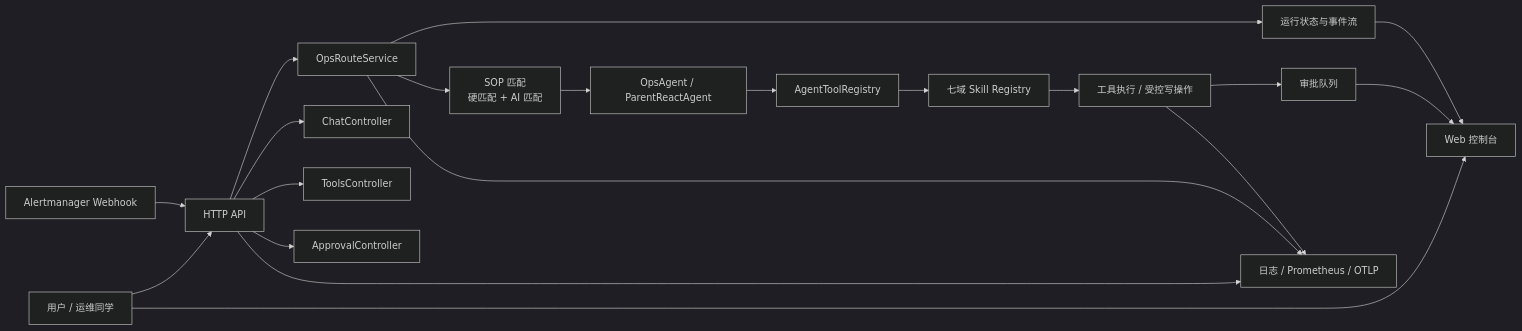
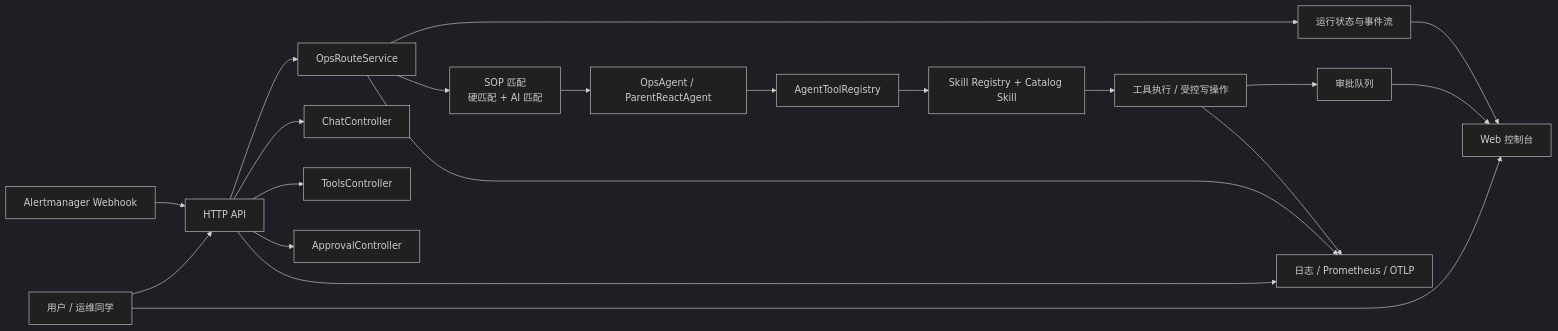
One commit to HW-Yue/Mall changed the first of 3 diagrams in ops-agent-spring-ai/README.md. Above: the diagram before and after it, drawn with Mermaid (dark theme). The commit also changed other lines of this file and 28 other files, not shown here.

Commit message:
feat: enhance ops agent routing and catalog tooling

````diff
--- a/ops-agent-spring-ai/README.md
+++ b/ops-agent-spring-ai/README.md
@@ -18,26 +19,26 @@
 ```mermaid
 flowchart LR
     U[用户 / 运维同学] --> UI[Web 控制台]
     U --> API[HTTP API]
     Alert[Alertmanager Webhook] --> API
 
     API --> Router[OpsRouteService]
     API --> Chat[ChatController]
     API --> Tools[ToolsController]
     API --> Approval[ApprovalController]
 
     Router --> Match[SOP 匹配<br/>硬匹配 + AI 匹配]
     Match --> React[OpsAgent / ParentReactAgent]
     React --> AgentTools[AgentToolRegistry]
-    AgentTools --> Skills[七域 Skill Registry]
+    AgentTools --> Skills[Skill Registry + Catalog Skill]
     Skills --> Exec[工具执行 / 受控写操作]
     Exec --> ApprovalFlow[审批队列]
 
     Router --> RunState[运行状态与事件流]
     ApprovalFlow --> UI
     RunState --> UI
 
     API --> Obs[日志 / Prometheus / OTLP]
     Router --> Obs
     Exec --> Obs
 ```
````
